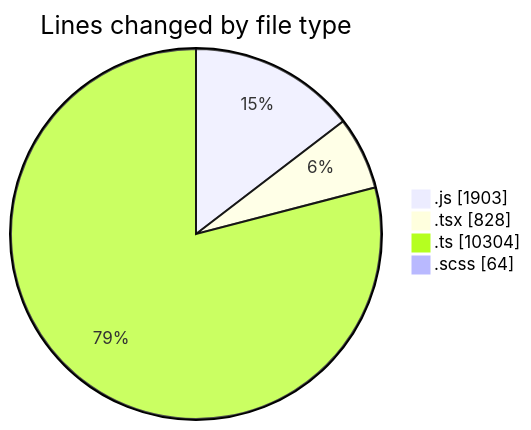
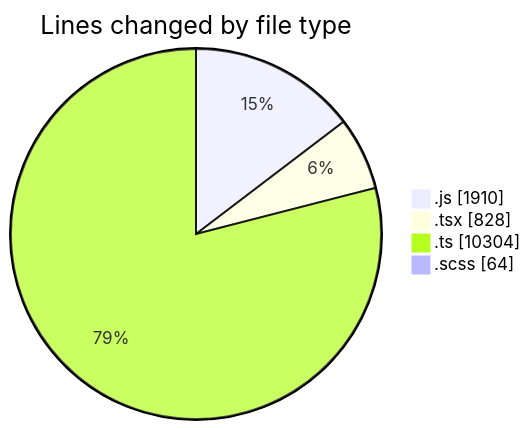
The first of 2 diagrams in 2025-03-13/cda/README.md (momahboobian/code-tracking), drawn with Mermaid before and after one commit. The commit also changed other lines of this file and 1 other file, not shown here.

````diff
--- a/2025-03-13/cda/README.md
+++ b/2025-03-13/cda/README.md
@@ -33,8 +33,8 @@
 ```mermaid
 pie showData
 title Lines changed by file type
-".js" : 1903
+".js" : 1910
 ".tsx" : 828
 ".ts" : 10304
 ".scss" : 64
 ```
````
